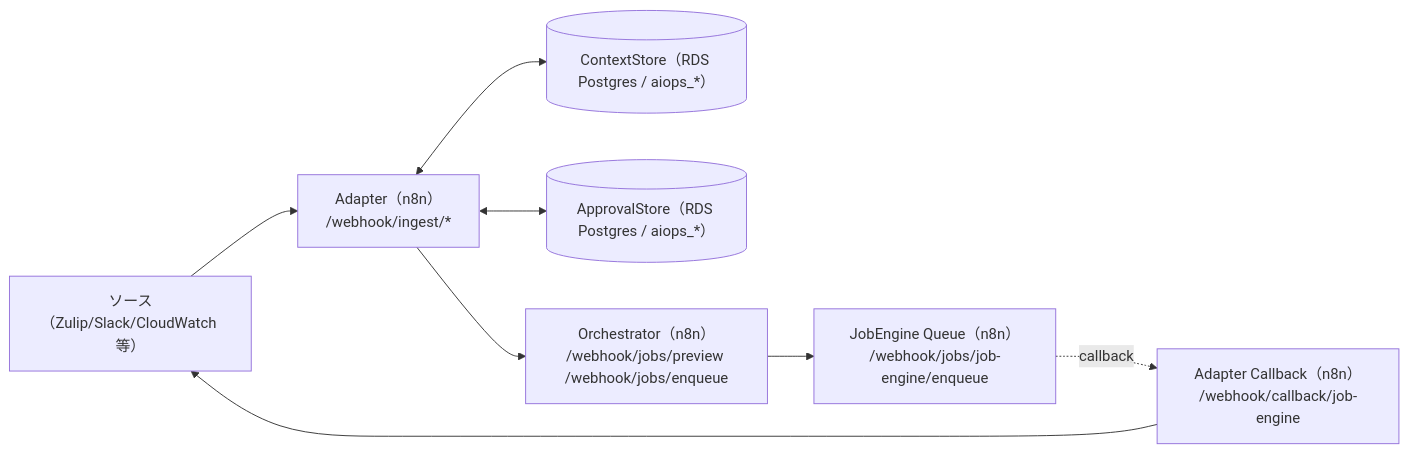
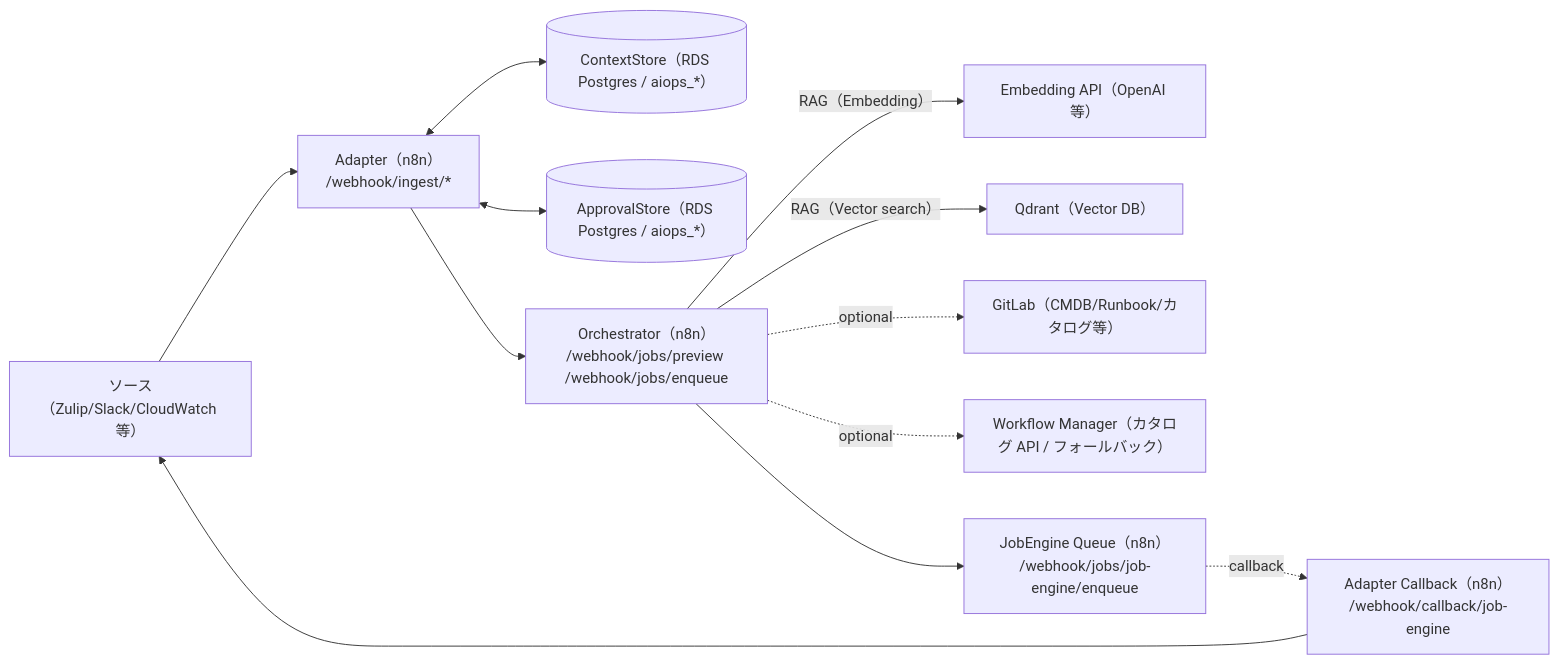
The diagram in apps/aiops_agent/README.md (smic-aiops/aiops-agent), drawn with Mermaid before and after one commit. The commit also changed 7 other files, not shown here.

````diff
--- a/apps/aiops_agent/README.md
+++ b/apps/aiops_agent/README.md
@@ -55,10 +55,14 @@
 ```mermaid
 flowchart LR
   Source[ソース（Zulip/Slack/CloudWatch 等）] --> Adapter["Adapter（n8n）<br/>/webhook/ingest/*"]
   Adapter <--> ContextStore[(ContextStore（RDS Postgres / aiops_*）)]
   Adapter <--> ApprovalStore[(ApprovalStore（RDS Postgres / aiops_*）)]
   Adapter --> Orchestrator["Orchestrator（n8n）<br/>/webhook/jobs/preview /webhook/jobs/enqueue"]
+  Orchestrator -->|RAG（Embedding）| EmbeddingAPI[Embedding API（OpenAI 等）]
+  Orchestrator -->|RAG（Vector search）| Qdrant[Qdrant（Vector DB）]
+  Orchestrator -. optional .-> GitLab[GitLab（CMDB/Runbook/カタログ等）]
+  Orchestrator -. optional .-> WorkflowManager[Workflow Manager（カタログ API / フォールバック）]
   Orchestrator --> JobEngine["JobEngine Queue（n8n）<br/>/webhook/jobs/job-engine/enqueue"]
   JobEngine -. callback .-> Callback["Adapter Callback（n8n）<br/>/webhook/callback/job-engine"]
   Callback --> Source
 ```
````
